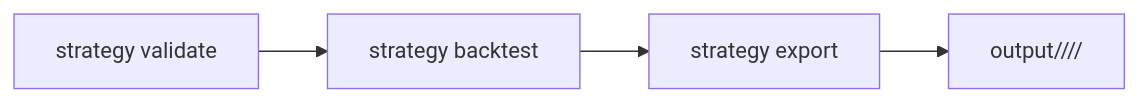
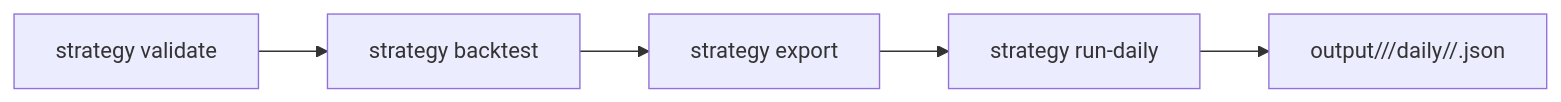
The diagram in docs/commands.md (hypertrial/stacksats), drawn with Mermaid before and after one commit. The commit also changed other lines of this file and 15 other files, not shown here.

Commit message:
Add idempotent strategy run-daily execution flow

````diff
--- a/docs/commands.md
+++ b/docs/commands.md
@@ -51,6 +57,7 @@
 ```mermaid
 flowchart LR
     A["strategy validate"] --> B["strategy backtest"]
     B --> C["strategy export"]
-    C --> D["output/<strategy_id>/<version>/<run_id>/"]
+    C --> D["strategy run-daily"]
+    D --> E["output/<strategy_id>/<version>/daily/<run_date>/<run_key>.json"]
 ```
````
